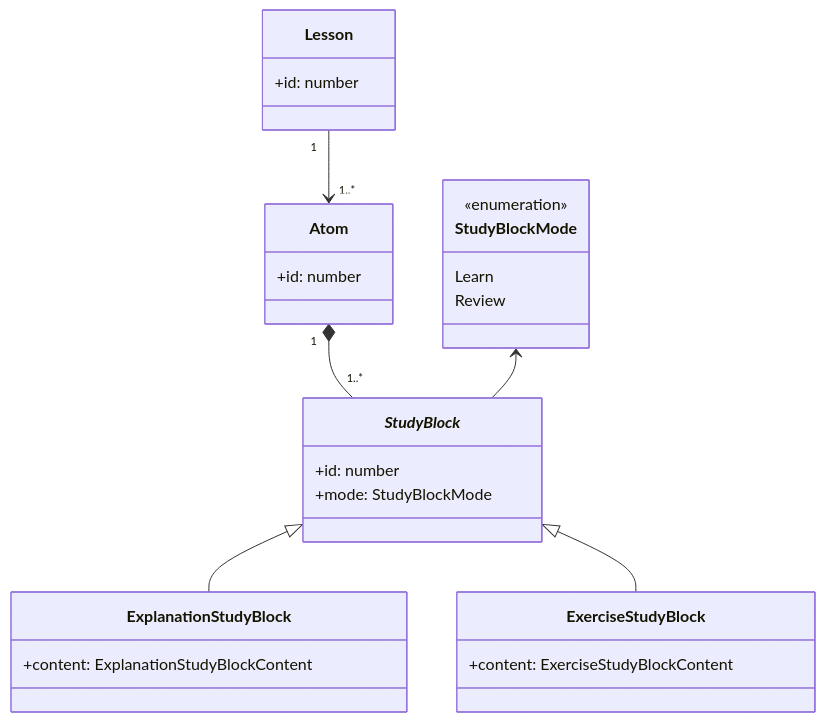
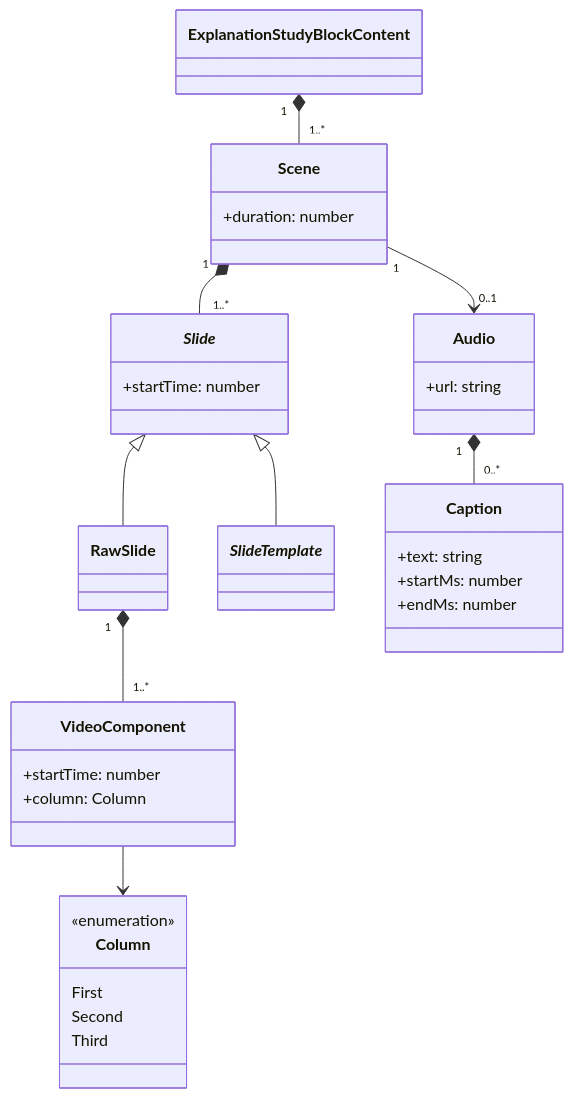
One commit to Eduriam/EduriamDiplomkaFrontend changed the diagram in diagrams/explanation-model.mmd. Above: the diagram before and after it, drawn with Mermaid. The commit also changed 3 other files, not shown here.

Commit message:
feat: :sparkles: Review responsivita a exercise study block

```diff
--- a/diagrams/explanation-model.mmd
+++ b/diagrams/explanation-model.mmd
@@ -1,35 +1,49 @@
 classDiagram
-    class Lesson {
-        +id: number
+    class ExplanationStudyBlockContent
+
+    class Scene {
+        +duration: number
     }
 
-    class Atom {
-        +id: number
+    class `*Slide*` {
+        +startTime: number
     }
 
-    class `*StudyBlock*` {
-        +id: number
-        +mode: StudyBlockMode
+    class RawSlide {
     }
 
-    
-    class StudyBlockMode {
+    class `*SlideTemplate*` {}
+
+    class Column {
         <<enumeration>>
-        Learn
-        Review
+        First
+        Second
+        Third
     }
 
-    class ExplanationStudyBlock {
-        +content: ExplanationStudyBlockContent
+    class VideoComponent {
+        +startTime: number
+        +column: Column
     }
 
-    class ExerciseStudyBlock {
-        +content: ExerciseStudyBlockContent
+    class Audio {
+        +url: string
     }
-    
-    Lesson "1" --> "1..*" Atom
-    Atom "1" *-- "1..*" `*StudyBlock*`
 
-    StudyBlockMode <-- `*StudyBlock*`
-    `*StudyBlock*` <|-- ExplanationStudyBlock
-    `*StudyBlock*` <|-- ExerciseStudyBlock
+    class Caption {
+        +text: string
+        +startMs: number
+        +endMs: number
+    }
+
+    ExplanationStudyBlockContent "1" *-- "1..*" Scene
+    Scene "1" *-- "1..*" `*Slide*`
+
+    `*Slide*` <|-- RawSlide
+    `*Slide*` <|-- `*SlideTemplate*`
+
+    RawSlide "1" *-- "1..*" VideoComponent
+    VideoComponent --> Column
+
+    Scene "1" --> "0..1" Audio
+    Audio "1" *-- "0..*" Caption
```
